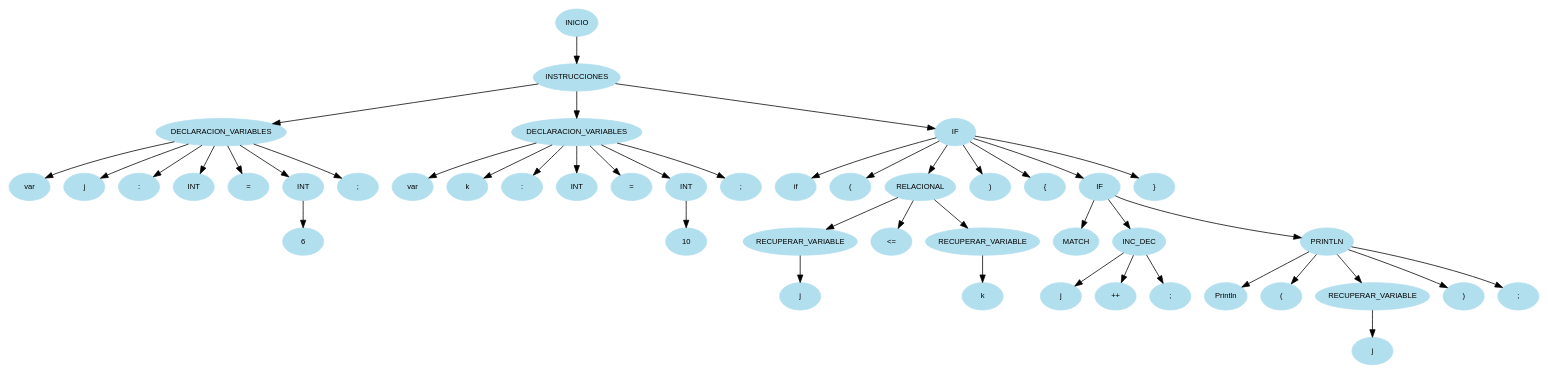
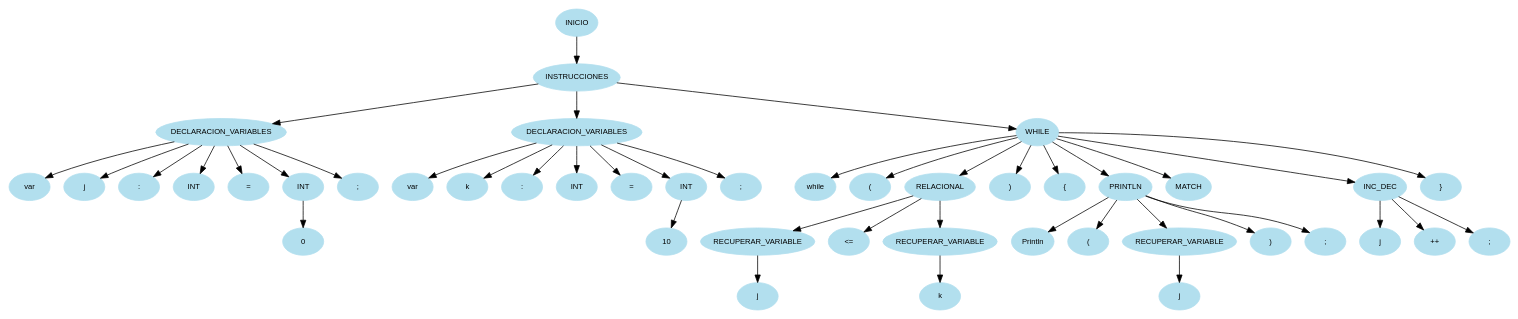
One commit to MMP119/OLC1_JavaCraft changed the diagram in Fase_1/Reports/arbolAST.dot. Above: the diagram before and after it, drawn with Graphviz. The commit also changed 9 other files, not shown here.

```diff
--- a/Fase_1/Reports/arbolAST.dot
+++ b/Fase_1/Reports/arbolAST.dot
@@ -1,93 +1,91 @@
 digraph arbolAST{
 node [shape=oval, style=filled, color=lightblue2, fontname=Helvetica, fontsize=10];
 edge [fontname=Helvetica, fontsize=10];
 n0[label="INICIO"];
 n1[label="INSTRUCCIONES"];
 n0 -> n1;
 n2[label="DECLARACION_VARIABLES"];
 n1 -> n2;
 n3[label="var"];
 n2 -> n3;
 n4[label="j"];
 n2 -> n4;
 n5[label=":"];
 n2 -> n5;
 n6[label="INT"];
 n2 -> n6;
 n7[label="="];
 n2 -> n7;
 n8[label="INT"];
 n2 -> n8;
-n9[label="6"];
+n9[label="0"];
 n8 -> n9;
 n10[label=";"];
 n2 -> n10;
 n11[label="DECLARACION_VARIABLES"];
 n1 -> n11;
 n12[label="var"];
 n11 -> n12;
 n13[label="k"];
 n11 -> n13;
 n14[label=":"];
 n11 -> n14;
 n15[label="INT"];
 n11 -> n15;
 n16[label="="];
 n11 -> n16;
 n17[label="INT"];
 n11 -> n17;
 n18[label="10"];
 n17 -> n18;
 n19[label=";"];
 n11 -> n19;
-n20[label="IF"];
+n20[label="WHILE"];
 n1 -> n20;
-n21[label="if"];
+n21[label="while"];
 n20 -> n21;
 n22[label="("];
 n20 -> n22;
 n23[label="RELACIONAL"];
 n20 -> n23;
 n24[label="RECUPERAR_VARIABLE"];
 n23 -> n24;
 n25[label="j"];
 n24 -> n25;
 n26[label="<="];
 n23 -> n26;
 n27[label="RECUPERAR_VARIABLE"];
 n23 -> n27;
 n28[label="k"];
 n27 -> n28;
 n29[label=")"];
 n20 -> n29;
 n30[label="{"];
 n20 -> n30;
-n31[label="IF"];
+n31[label="PRINTLN"];
 n20 -> n31;
-n32[label="MATCH"];
+n32[label="Println"];
 n31 -> n32;
-n33[label="INC_DEC"];
+n33[label="("];
 n31 -> n33;
-n34[label="j"];
-n33 -> n34;
-n35[label="++"];
-n33 -> n35;
-n36[label=";"];
-n33 -> n36;
-n37[label="PRINTLN"];
+n34[label="RECUPERAR_VARIABLE"];
+n31 -> n34;
+n35[label="j"];
+n34 -> n35;
+n36[label=")"];
+n31 -> n36;
+n37[label=";"];
 n31 -> n37;
-n38[label="Println"];
-n37 -> n38;
-n39[label="("];
-n37 -> n39;
-n40[label="RECUPERAR_VARIABLE"];
-n37 -> n40;
-n41[label="j"];
-n40 -> n41;
-n42[label=")"];
-n37 -> n42;
-n43[label=";"];
-n37 -> n43;
-n44[label="}"];
-n20 -> n44;
+n38[label="MATCH"];
+n20 -> n38;
+n39[label="INC_DEC"];
+n20 -> n39;
+n40[label="j"];
+n39 -> n40;
+n41[label="++"];
+n39 -> n41;
+n42[label=";"];
+n39 -> n42;
+n43[label="}"];
+n20 -> n43;
 }
```
